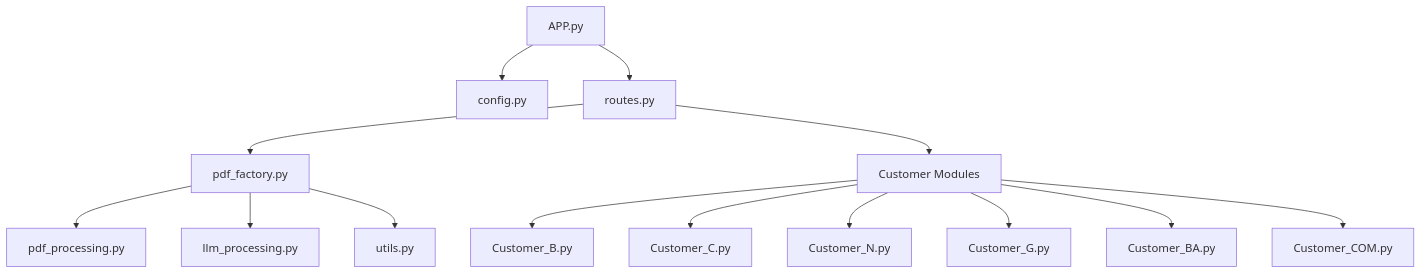
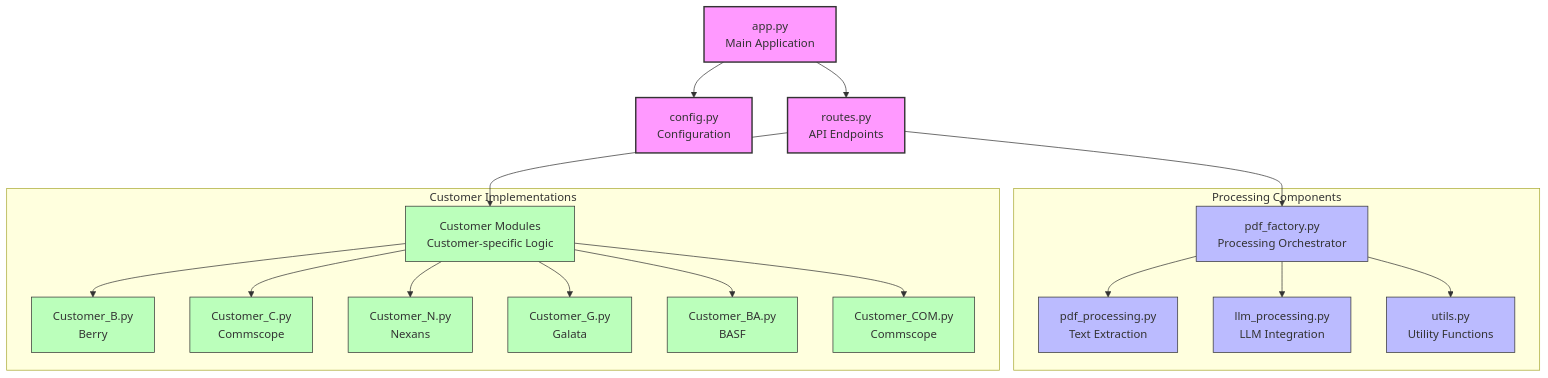
One commit to momofssd/ecom_order_entry_llm changed the first of 2 diagrams in README_BACKEND.md. Above: the diagram before and after it, drawn with Mermaid.

````diff
--- a/README_BACKEND.md
+++ b/README_BACKEND.md
@@ -11,16 +11,38 @@
 ```mermaid
 graph TD
-    A[APP.py] --> B[config.py]
-    A --> C[routes.py]
-    C --> D[pdf_factory.py]
-    D --> E[pdf_processing.py]
-    D --> F[llm_processing.py]
-    D --> G[utils.py]
-    C --> H[Customer Modules]
-    H --> H1[Customer_B.py]
-    H --> H2[Customer_C.py]
-    H --> H3[Customer_N.py]
-    H --> H4[Customer_G.py]
-    H --> H5[Customer_BA.py]
-    H --> H6[Customer_COM.py]
+    %% Main application components
+    APP[app.py<br/>Main Application] --> CONFIG[config.py<br/>Configuration]
+    APP --> ROUTES[routes.py<br/>API Endpoints]
+    
+    %% Processing pipeline
+    ROUTES --> FACTORY[pdf_factory.py<br/>Processing Orchestrator]
+    
+    %% PDF processing components
+    subgraph Processing_Components [Processing Components]
+        FACTORY --> PDF_PROC[pdf_processing.py<br/>Text Extraction]
+        FACTORY --> LLM_PROC[llm_processing.py<br/>LLM Integration]
+        FACTORY --> UTILS[utils.py<br/>Utility Functions]
+    end
+    
+    %% Customer modules
+    ROUTES --> CUSTOMERS[Customer Modules<br/>Customer-specific Logic]
+    
+    %% Individual customer implementations
+    subgraph Customer_Implementations [Customer Implementations]
+        CUSTOMERS --> CUST_B[Customer_B.py<br/>Berry]
+        CUSTOMERS --> CUST_C[Customer_C.py<br/>Commscope]
+        CUSTOMERS --> CUST_N[Customer_N.py<br/>Nexans]
+        CUSTOMERS --> CUST_G[Customer_G.py<br/>Galata]
+        CUSTOMERS --> CUST_BA[Customer_BA.py<br/>BASF]
+        CUSTOMERS --> CUST_COM[Customer_COM.py<br/>Commscope]
+    end
+    
+    %% Styling
+    classDef main fill:#f9f,stroke:#333,stroke-width:2px;
+    classDef processing fill:#bbf,stroke:#333,stroke-width:1px;
+    classDef customers fill:#bfb,stroke:#333,stroke-width:1px;
+    
+    class APP,ROUTES,CONFIG main;
+    class FACTORY,PDF_PROC,LLM_PROC,UTILS processing;
+    class CUSTOMERS,CUST_B,CUST_C,CUST_N,CUST_G,CUST_BA,CUST_COM customers;
 ```
````
